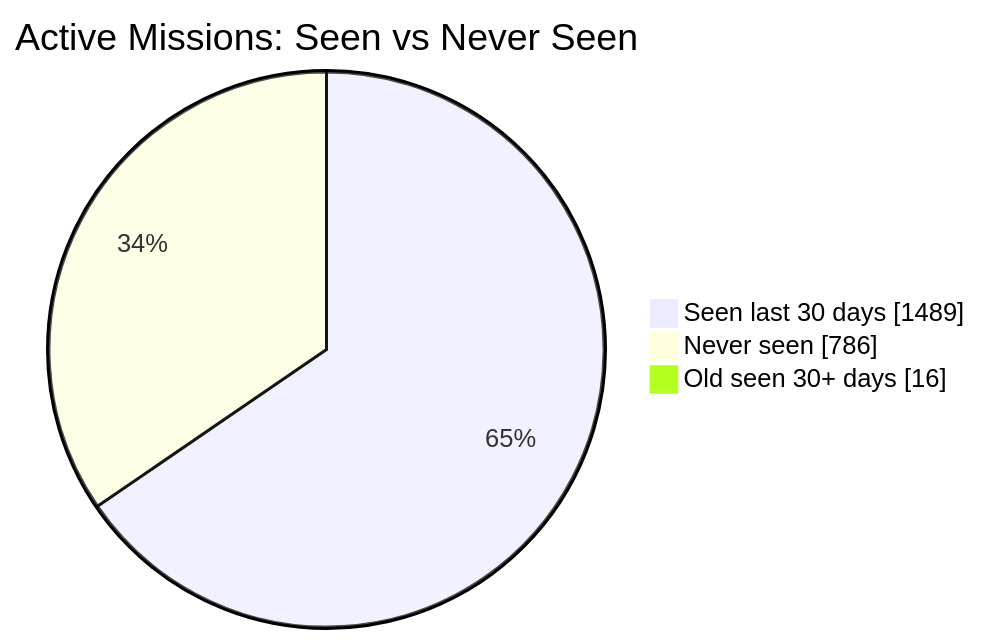
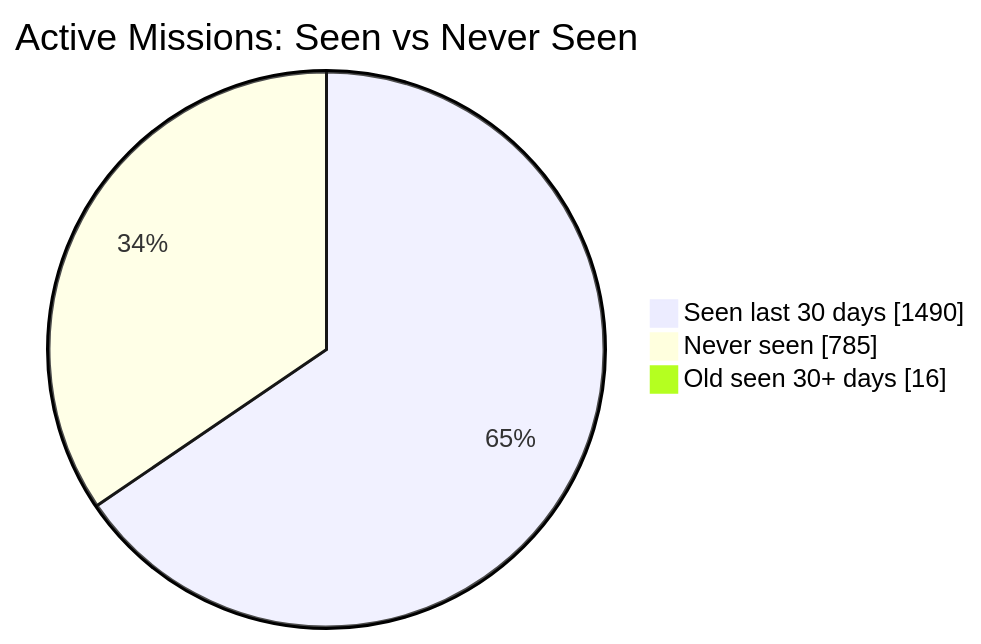
The first of 2 diagrams in README.md (MeldkamerspelGameTeam/active-missions), drawn with Mermaid before and after one commit. The commit also changed other lines of this file and 2 other files, not shown here.

````diff
--- a/README.md
+++ b/README.md
@@ -34,7 +34,7 @@
 ```mermaid
 pie showData
     title Active Missions: Seen vs Never Seen
-    "Seen last 30 days" : 1489
-    "Never seen" : 786
+    "Seen last 30 days" : 1490
+    "Never seen" : 785
     "Old seen 30+ days" : 16
 ```
````
